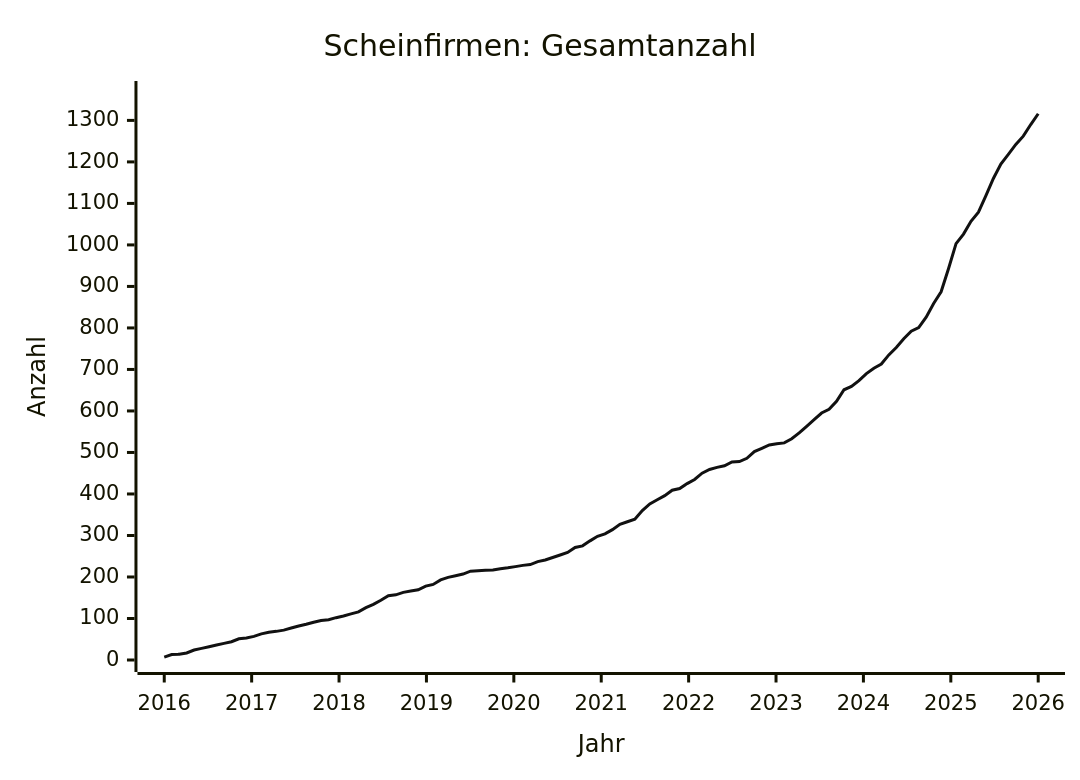
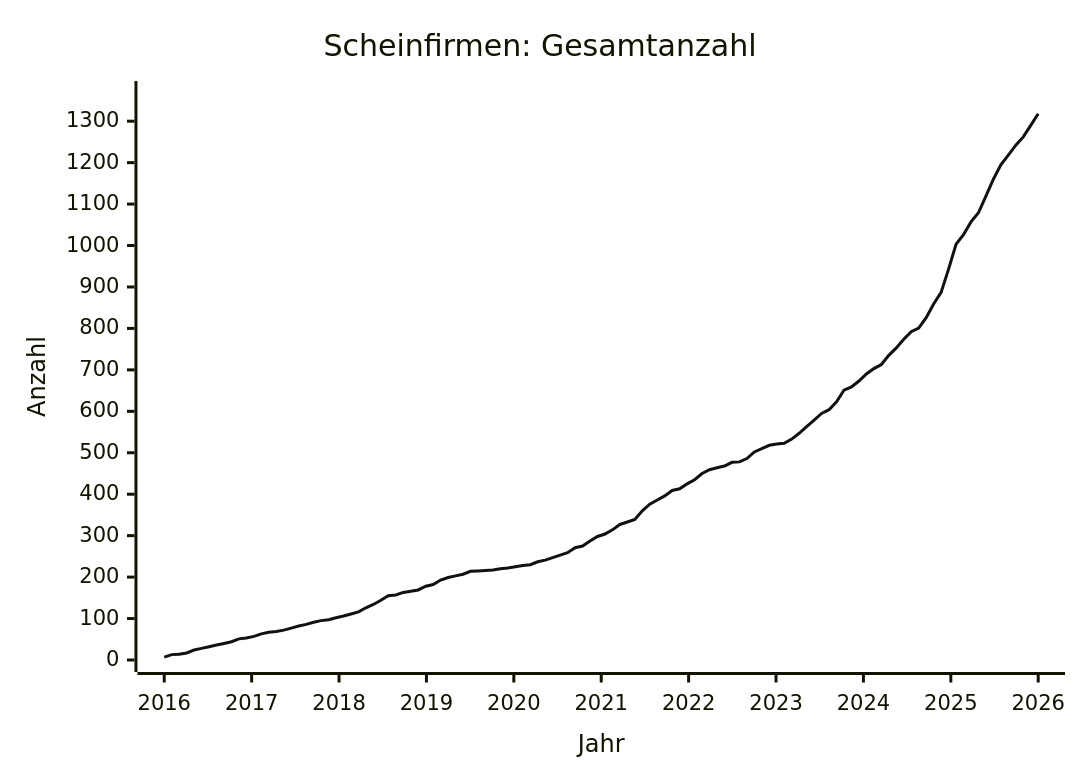
Before and after one commit to arjoma/scheinfirmen-at: the diagram in data/STATS.md, drawn with Mermaid. The commit also changed other lines of this file and 3 other files, not shown here.

````diff
--- a/data/STATS.md
+++ b/data/STATS.md
@@ -9,13 +9,13 @@
 ```mermaid
 ---
 config:
   themeVariables:
     xyChart:
       plotColorPalette: "#111111"
 ---
 xychart-beta
     title "Scheinfirmen: Gesamtanzahl"
     x-axis "Jahr" 2016 --> 2026
-    y-axis "Anzahl" 0 --> 1366
-    line [7, 13, 14, 17, 24, 28, 32, 36, 40, 44, 51, 53, 57, 63, 67, 69, 72, 77, 82, 86, 91, 95, 97, 102, 106, 111, 116, 126, 134, 144, 155, 157, 163, 166, 169, 178, 182, 193, 199, 203, 207, 214, 215, 216, 217, 220, 222, 225, 228, 230, 237, 241, 247, 253, 259, 271, 275, 287, 298, 304, 314, 327, 333, 339, 360, 376, 386, 396, 409, 413, 425, 435, 450, 459, 464, 468, 477, 478, 486, 502, 510, 518, 521, 523, 533, 547, 563, 579, 595, 604, 623, 651, 659, 673, 690, 703, 713, 735, 753, 774, 792, 801, 826, 859, 887, 943, 1003, 1026, 1057, 1079, 1119, 1160, 1195, 1218, 1242, 1262, 1290, 1316]
+    y-axis "Anzahl" 0 --> 1368
+    line [7, 13, 14, 17, 24, 28, 32, 36, 40, 44, 51, 53, 57, 63, 67, 69, 72, 77, 82, 86, 91, 95, 97, 102, 106, 111, 116, 126, 134, 144, 155, 157, 163, 166, 169, 178, 182, 193, 199, 203, 207, 214, 215, 216, 217, 220, 222, 225, 228, 230, 237, 241, 247, 253, 259, 271, 275, 287, 298, 304, 314, 327, 333, 339, 360, 376, 386, 396, 409, 413, 425, 435, 450, 459, 464, 468, 477, 478, 486, 502, 510, 518, 521, 523, 533, 547, 563, 579, 595, 604, 623, 651, 659, 673, 690, 703, 713, 735, 753, 774, 792, 801, 826, 859, 887, 943, 1003, 1026, 1057, 1079, 1119, 1160, 1195, 1218, 1242, 1262, 1290, 1318]
 ```
````
